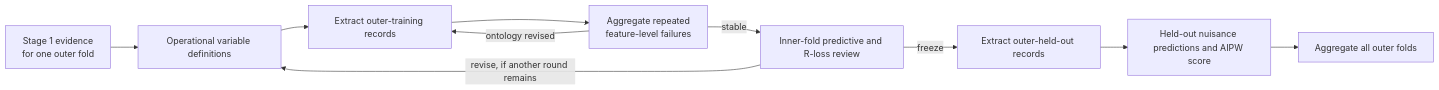
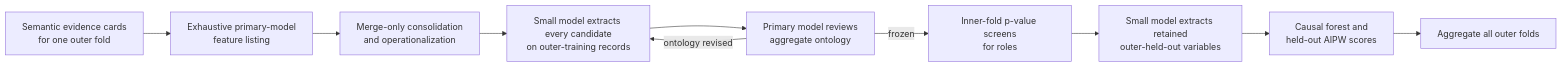
One commit to kenlkehl/causal-dragonnet-text changed the third of 3 diagrams in README.md. Above: the diagram before and after it, drawn with Mermaid. The commit also changed other lines of this file and 18 other files, not shown here.

````diff
--- a/README.md
+++ b/README.md
@@ -965,12 +1001,12 @@
 ```mermaid
 flowchart LR
-    A["Stage 1 evidence<br/>for one outer fold"] --> B["Operational variable definitions"]
-    B --> C["Extract outer-training records"]
-    C --> H["Aggregate repeated<br/>feature-level failures"]
-    H -->|"ontology revised"| C
-    H -->|"stable"| D["Inner-fold predictive and R-loss review"]
-    D -->|"revise, if another round remains"| B
-    D -->|"freeze"| E["Extract outer-held-out records"]
-    E --> F["Held-out nuisance predictions and AIPW score"]
-    F --> G["Aggregate all outer folds"]
+    A["Semantic evidence cards<br/>for one outer fold"] --> B["Exhaustive primary-model<br/>feature listing"]
+    B --> C["Merge-only consolidation<br/>and operationalization"]
+    C --> D["Small model extracts every candidate<br/>on outer-training records"]
+    D --> E["Primary model reviews<br/>aggregate ontology"]
+    E -->|"ontology revised"| D
+    E -->|"frozen"| F["Inner-fold p-value screens<br/>for roles"]
+    F --> G["Small model extracts retained<br/>outer-held-out variables"]
+    G --> H["Causal forest and<br/>held-out AIPW scores"]
+    H --> I["Aggregate all outer folds"]
 ```
````
